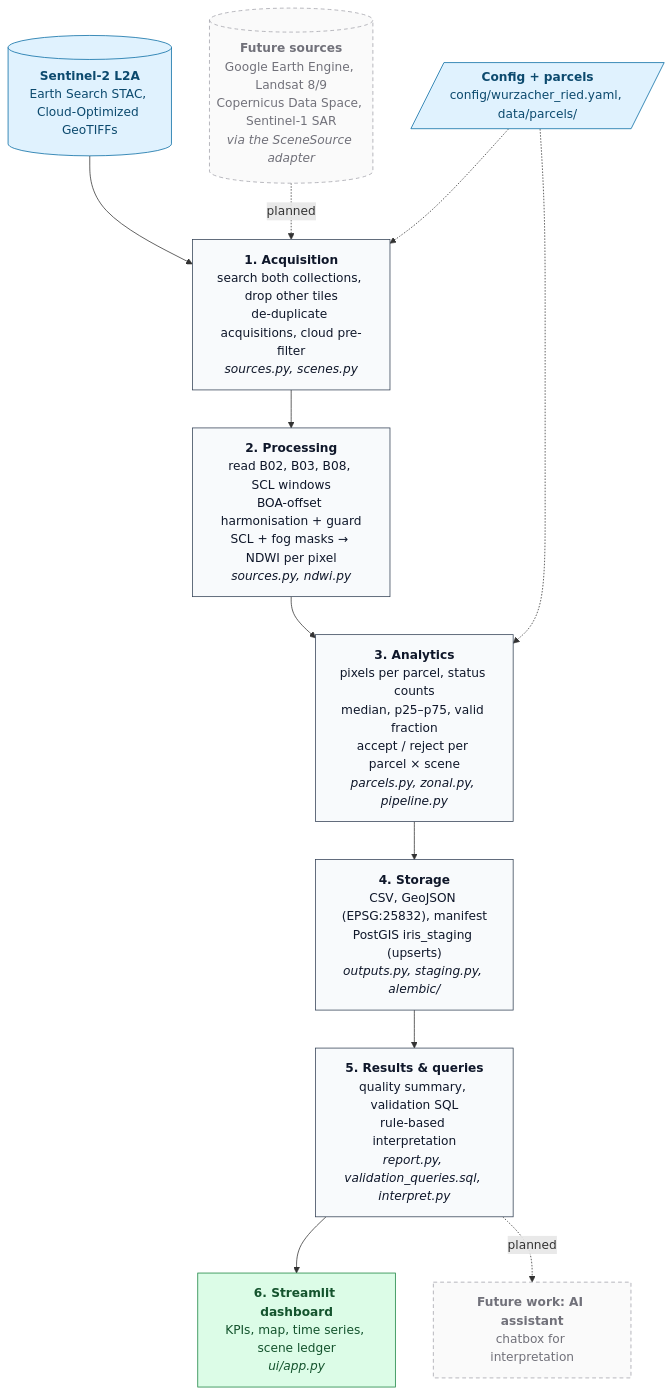
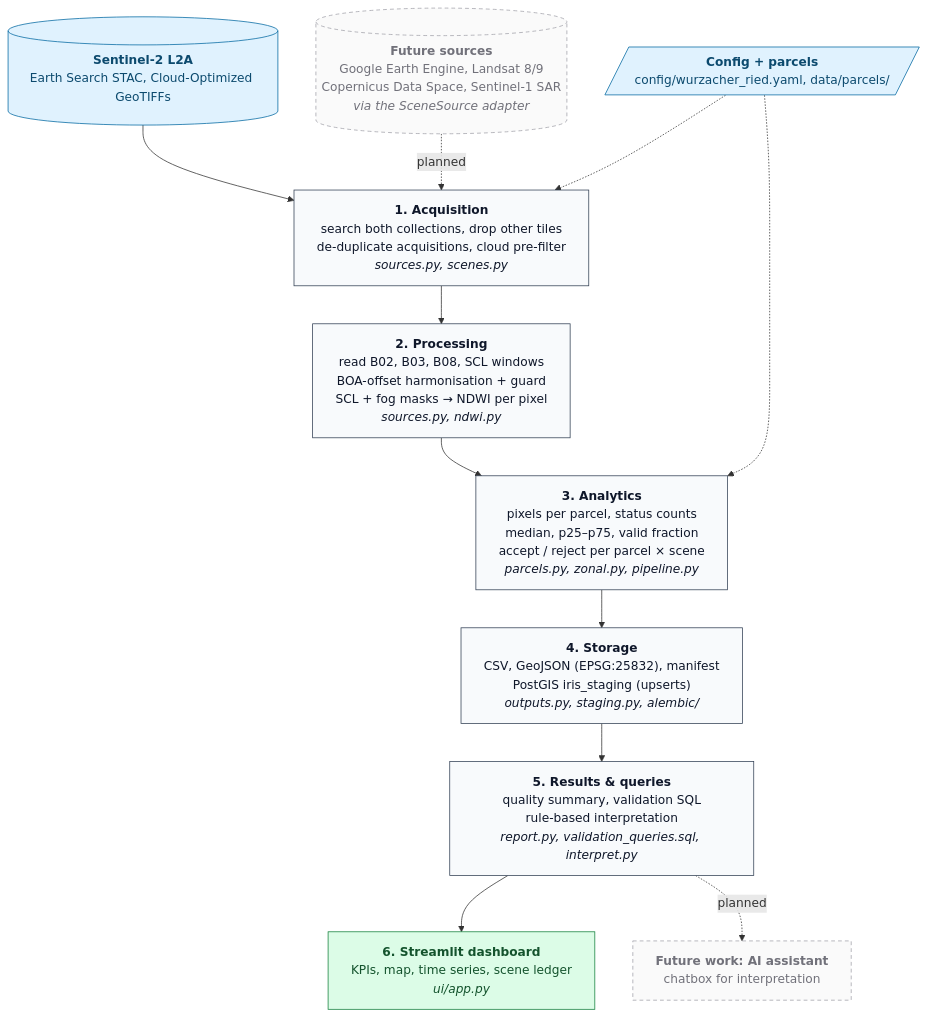
One commit to SomayehAhmadpour/Peatland-Moisture-Index changed the diagram in README.md. Above: the diagram before and after it, drawn with Mermaid.

Commit message:
Workflow diagram: wider boxes for long labels

````diff
--- a/README.md
+++ b/README.md
@@ -18,30 +18,30 @@
 ```mermaid
-%%{init: {"fontFamily": "Arial, Helvetica, sans-serif", "themeVariables": {"fontFamily": "Arial, Helvetica, sans-serif"}}}%%
+%%{init: {"fontFamily": "Arial, Helvetica, sans-serif", "themeVariables": {"fontFamily": "Arial, Helvetica, sans-serif"}, "flowchart": {"wrappingWidth": 340}}}%%
 flowchart TD
     S2[("<b>Sentinel-2 L2A</b><br/>Earth Search STAC, Cloud-Optimized GeoTIFFs")]
     FUTSRC[("<b>Future sources</b><br/>Google Earth Engine, Landsat 8/9<br/>Copernicus Data Space, Sentinel-1 SAR<br/><i>via the SceneSource adapter</i>")]
     CFG[/"<b>Config + parcels</b><br/>config/wurzacher_ried.yaml, data/parcels/"/]
 
     ACQ["<b>1. Acquisition</b><br/>search both collections, drop other tiles<br/>de-duplicate acquisitions, cloud pre-filter<br/><i>sources.py, scenes.py</i>"]
     PRO["<b>2. Processing</b><br/>read B02, B03, B08, SCL windows<br/>BOA-offset harmonisation + guard<br/>SCL + fog masks → NDWI per pixel<br/><i>sources.py, ndwi.py</i>"]
     ANA["<b>3. Analytics</b><br/>pixels per parcel, status counts<br/>median, p25–p75, valid fraction<br/>accept / reject per parcel × scene<br/><i>parcels.py, zonal.py, pipeline.py</i>"]
     STO["<b>4. Storage</b><br/>CSV, GeoJSON (EPSG:25832), manifest<br/>PostGIS iris_staging (upserts)<br/><i>outputs.py, staging.py, alembic/</i>"]
     SRV["<b>5. Results & queries</b><br/>quality summary, validation SQL<br/>rule-based interpretation<br/><i>report.py, validation_queries.sql, interpret.py</i>"]
     UI["<b>6. Streamlit dashboard</b><br/>KPIs, map, time series, scene ledger<br/><i>ui/app.py</i>"]
     FUTAI["<b>Future work: AI assistant</b><br/>chatbox for interpretation"]
 
     S2 --> ACQ --> PRO --> ANA --> STO --> SRV --> UI
     CFG -.-> ACQ
     CFG -.-> ANA
     FUTSRC -.->|planned| ACQ
     SRV -.->|planned| FUTAI
 
     classDef source fill:#e0f2fe,stroke:#0369a1,color:#0c4a6e
     classDef stage fill:#f8fafc,stroke:#334155,color:#0f172a
     classDef ui fill:#dcfce7,stroke:#15803d,color:#14532d
     classDef future fill:#fafafa,stroke:#a1a1aa,stroke-dasharray:5 4,color:#71717a
     class S2,CFG source
     class ACQ,PRO,ANA,STO,SRV stage
     class UI ui
     class FUTSRC,FUTAI future
 ```
````
